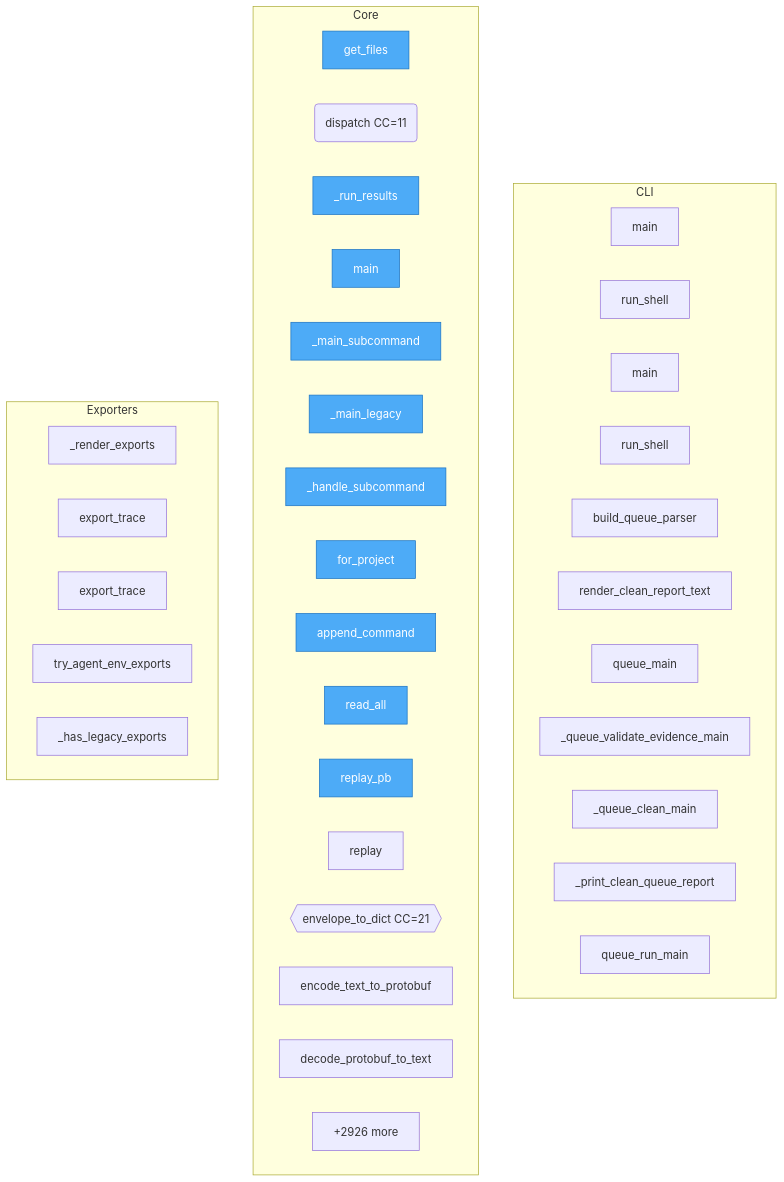
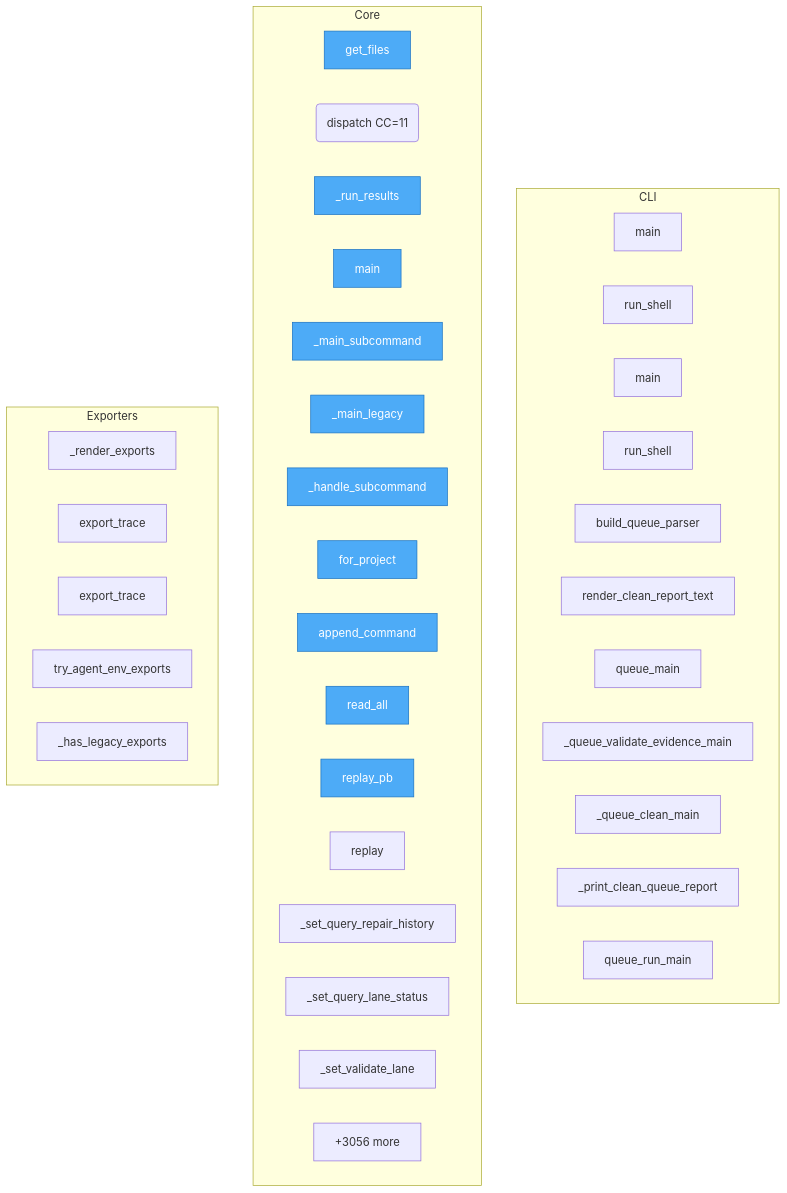
The diagram in project/flow.mmd (semcod/koru), drawn with Mermaid before and after one commit. The commit also changed 66 other files, not shown here.

```diff
--- a/project/flow.mmd
+++ b/project/flow.mmd
@@ -1,48 +1,48 @@
 flowchart TD
-%% generated in 1.07s
+%% generated in 1.16s
 
     %% Entry points (blue)
     classDef entry fill:#4dabf7,stroke:#1971c2,color:#fff
 
     subgraph CLI
         packages__cli2koru__src__cli2koru__cli__main["main"]
         packages__cli2koru__src__cli2koru__shell__run_shell["run_shell"]
         packages__cli2coru__src__cli2coru__cli__main["main"]
         packages__cli2coru__src__cli2coru__shell__run_shell["run_shell"]
         koru__cli_queue__build_queue_parser["build_queue_parser"]
         koru__cli_queue__render_clean_report_text["render_clean_report_text"]
         koru__cli_queue__queue_main["queue_main"]
         koru__cli_queue___queue_validate_evidence_main["_queue_validate_evidence_main"]
         koru__cli_queue___queue_clean_main["_queue_clean_main"]
         koru__cli_queue___print_clean_queue_report["_print_clean_queue_report"]
         koru__cli_queue__queue_run_main["queue_run_main"]
     end
 
     subgraph Core
         check_dups__get_files["get_files"]
         packages__dsl2koru__src__dsl2koru__bus__dispatch("dispatch CC=11")
         packages__dsl2koru__src__dsl2koru__cli___run_results["_run_results"]
         packages__dsl2koru__src__dsl2koru__cli__main["main"]
         packages__dsl2koru__src__dsl2koru__cli___main_subcommand["_main_subcommand"]
         packages__dsl2koru__src__dsl2koru__cli___main_legacy["_main_legacy"]
         packages__dsl2koru__src__dsl2koru__cli___handle_subcommand["_handle_subcommand"]
         packages__dsl2koru__src__dsl2koru__events__EventStore__for_project["for_project"]
         packages__dsl2koru__src__dsl2koru__events__EventStore__append_command["append_command"]
         packages__dsl2koru__src__dsl2koru__events__EventStore__read_all["read_all"]
         packages__dsl2koru__src__dsl2koru__events__EventStore__replay_pb["replay_pb"]
         packages__dsl2koru__src__dsl2koru__events__EventStore__replay["replay"]
-        packages__dsl2koru__src__dsl2koru__pb_codec__envelope_to_dict{{envelope_to_dict CC=21}}
-        packages__dsl2koru__src__dsl2koru__pb_codec__encode_text_to_protobuf["encode_text_to_protobuf"]
-        packages__dsl2koru__src__dsl2koru__pb_codec__decode_protobuf_to_text["decode_protobuf_to_text"]
-        ...["+2926 more"]
+        packages__dsl2koru__src__dsl2koru__pb_codec___set_query_repair_history["_set_query_repair_history"]
+        packages__dsl2koru__src__dsl2koru__pb_codec___set_query_lane_status["_set_query_lane_status"]
+        packages__dsl2koru__src__dsl2koru__pb_codec___set_validate_lane["_set_validate_lane"]
+        ...["+3056 more"]
     end
 
     subgraph Exporters
         packages__koruenv__src__koruenv__cli___render_exports["_render_exports"]
         packages__nlpshim__src__nlpshim__conversation_client__ConversationTestClient__export_trace["export_trace"]
         packages__nlpshim__src__nlpshim__conversation_test_api__export_trace["export_trace"]
         src__koru__agent_cli_helpers__try_agent_env_exports["try_agent_env_exports"]
         src__koru__cli___has_legacy_exports["_has_legacy_exports"]
     end
 
     class check_dups__get_files,packages__dsl2koru__src__dsl2koru__cli___run_results,packages__dsl2koru__src__dsl2koru__cli__main,packages__dsl2koru__src__dsl2koru__cli___main_subcommand,packages__dsl2koru__src__dsl2koru__cli___main_legacy,packages__dsl2koru__src__dsl2koru__cli___handle_subcommand,packages__dsl2koru__src__dsl2koru__events__EventStore__for_project,packages__dsl2koru__src__dsl2koru__events__EventStore__append_command,packages__dsl2koru__src__dsl2koru__events__EventStore__read_all,packages__dsl2koru__src__dsl2koru__events__EventStore__replay_pb entry
```
